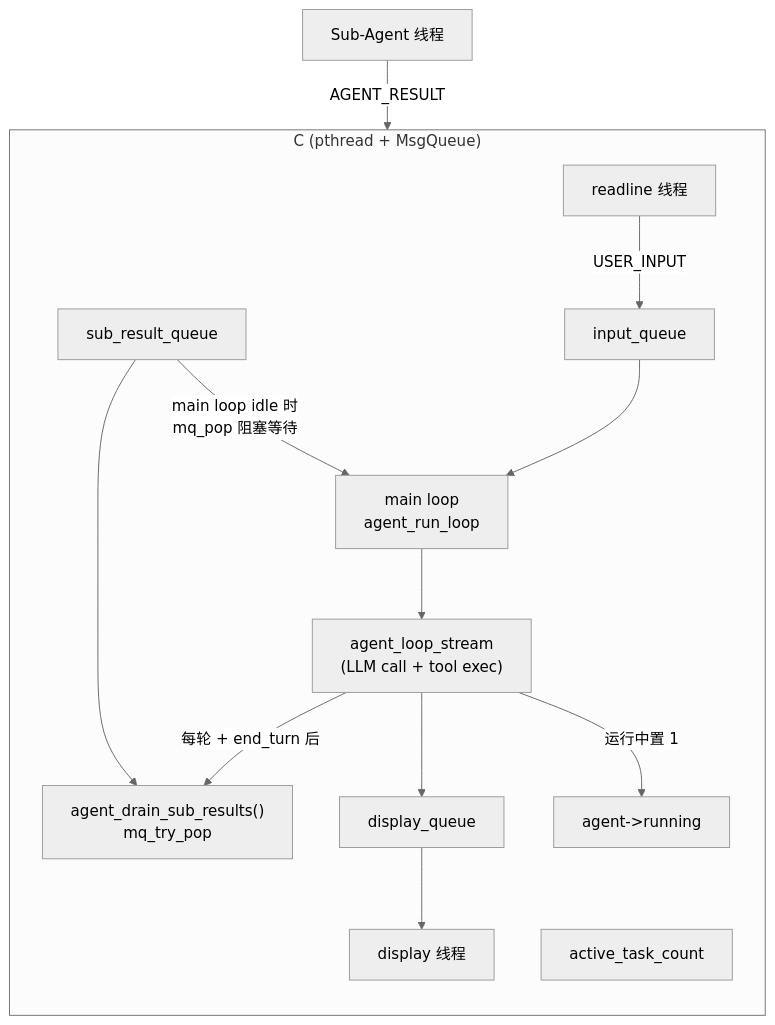
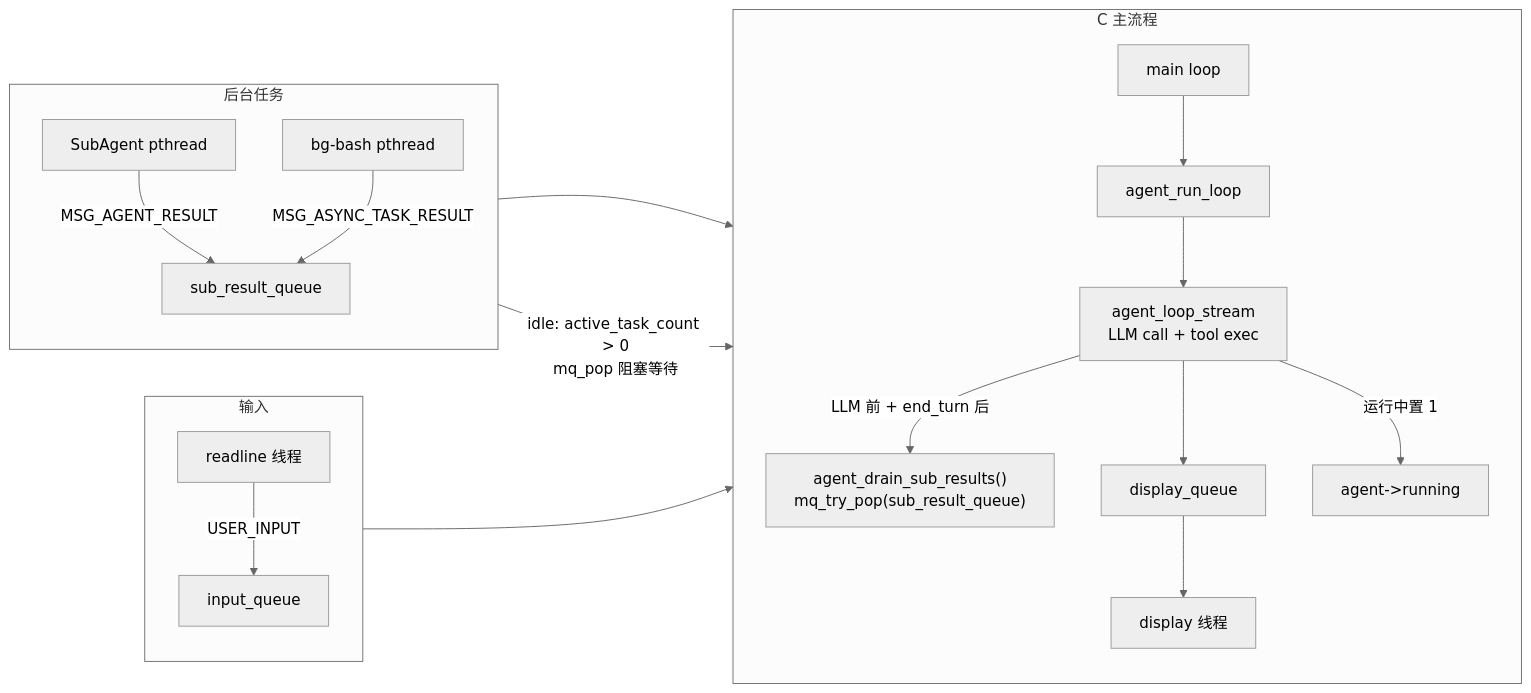
One commit to lloydzhou/bash-agent changed the sixth of 8 diagrams in docs/BASH_ARCHITECTURE.md. Above: the diagram before and after it, drawn with Mermaid (neutral theme). The commit also changed other lines of this file and 1 other file, not shown here.

Commit message:
docs: update architecture diagrams

````diff
--- a/docs/BASH_ARCHITECTURE.md
+++ b/docs/BASH_ARCHITECTURE.md
@@ -1392,28 +1478,37 @@
 ```mermaid
-graph TB
-    subgraph C["C (pthread + MsgQueue)"]
+graph LR
+    subgraph CIn["输入"]
         direction TB
         CL["readline 线程"]
         CInput["input_queue"]
-        CMain["main loop<br/>agent_run_loop"]
-        CAgent["agent_loop_stream<br/>(LLM call + tool exec)"]
-        CDrain["agent_drain_sub_results()<br/>mq_try_pop"]
-        CResultQ["sub_result_queue"]
+        CL -->|"USER_INPUT"| CInput
+    end
+
+    subgraph CMainFlow["C 主流程"]
+        direction TB
+        CMain["main loop"]
+        CRun["agent_run_loop"]
+        CAgent["agent_loop_stream<br/>LLM call + tool exec"]
+        CDrain["agent_drain_sub_results()<br/>mq_try_pop(sub_result_queue)"]
         CDispQ["display_queue"]
         CDisp["display 线程"]
-        CRunning["agent->running"]
-        CActive["active_task_count"]
+        CRunning["agent-&gt;running"]
+        CMain --> CRun --> CAgent
+        CAgent -->|"LLM 前 + end_turn 后"| CDrain
+        CAgent --> CDispQ --> CDisp
+        CAgent -->|"运行中置 1"| CRunning
     end
-    CSub["Sub-Agent 线程"]
 
-    CL -->|"USER_INPUT"| CInput
+    subgraph CBg["后台任务"]
+        direction TB
+        CSub["SubAgent pthread"]
+        CBash["bg-bash pthread"]
+        CResultQ["sub_result_queue"]
+        CSub -->|"MSG_AGENT_RESULT"| CResultQ
+        CBash -->|"MSG_ASYNC_TASK_RESULT"| CResultQ
+    end
+
     CInput --> CMain
-    CMain --> CAgent
-    CAgent -->|"每轮 + end_turn 后"| CDrain
-    CAgent --> CDispQ
-    CDispQ --> CDisp
-    CAgent -->|"运行中置 1"| CRunning
-    CSub -->|"AGENT_RESULT"| CResultQ
     CResultQ --> CDrain
-    CResultQ -->|"main loop idle 时<br/>mq_pop 阻塞等待"| CMain
+    CResultQ -->|"idle: active_task_count > 0<br/>mq_pop 阻塞等待"| CMain
 ```
````
